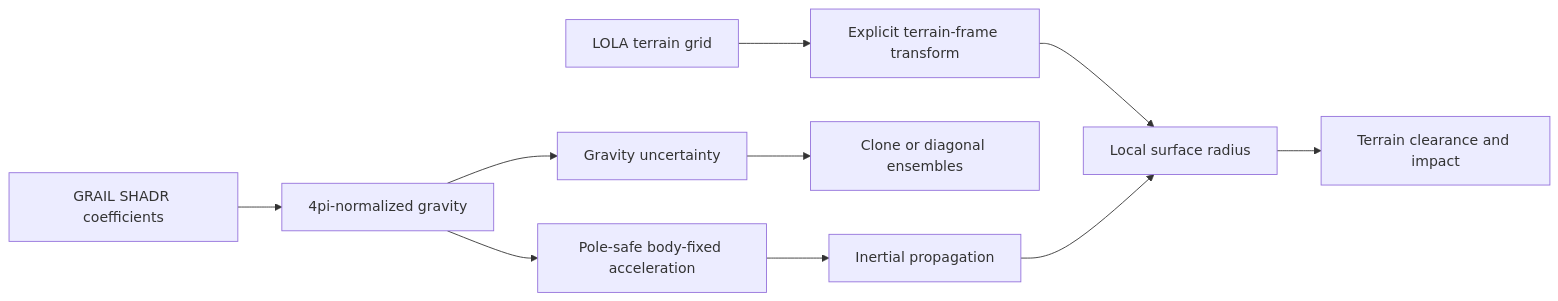
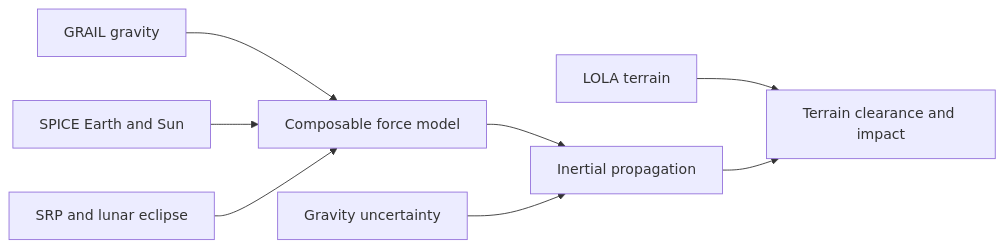
One commit to sylvesterkaczmarek/lunar-astrodynamics-simulation changed the diagram in README.md. Above: the diagram before and after it, drawn with Mermaid. The commit also changed other lines of this file and 12 other files, not shown here.

First line of the commit message:
Add composable Earth Sun and SRP force model

````diff
--- a/README.md
+++ b/README.md
@@ -13,12 +15,10 @@
 ```mermaid
 flowchart LR
-    A[GRAIL SHADR coefficients] --> B[4pi-normalized gravity]
-    B --> C[Pole-safe body-fixed acceleration]
-    C --> D[Inertial propagation]
-    B --> U[Gravity uncertainty]
-    U --> V[Clone or diagonal ensembles]
-    L[LOLA terrain grid] --> T[Explicit terrain-frame transform]
-    T --> Q[Local surface radius]
-    D --> Q
-    Q --> R[Terrain clearance and impact]
+    G[GRAIL gravity] --> F[Composable force model]
+    E[SPICE Earth and Sun] --> F
+    S[SRP and lunar eclipse] --> F
+    F --> P[Inertial propagation]
+    U[Gravity uncertainty] --> P
+    L[LOLA terrain] --> C[Terrain clearance and impact]
+    P --> C
 ```
````
